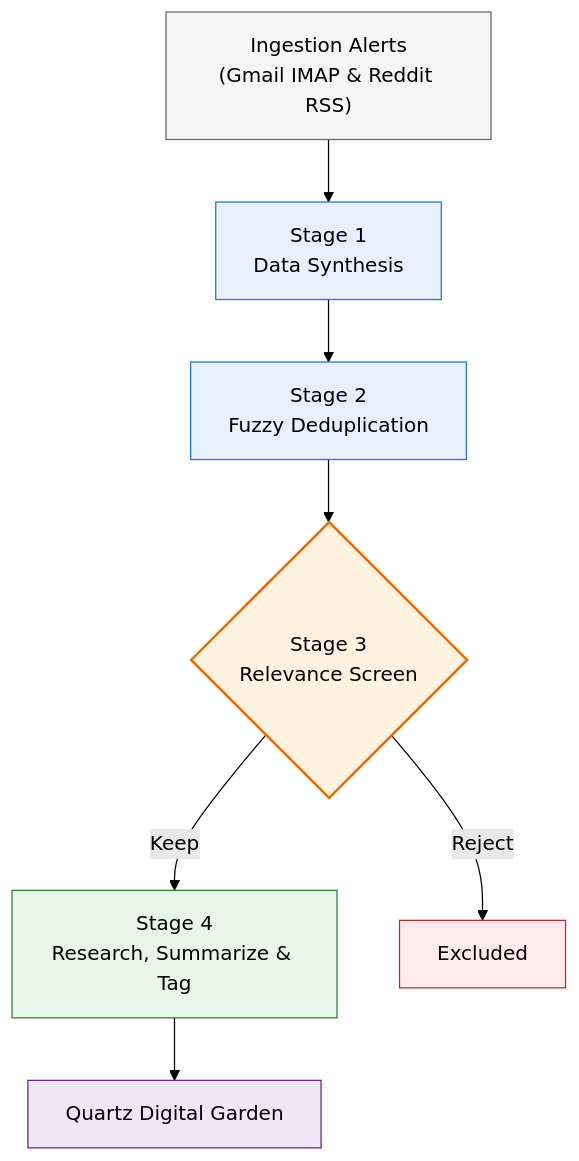
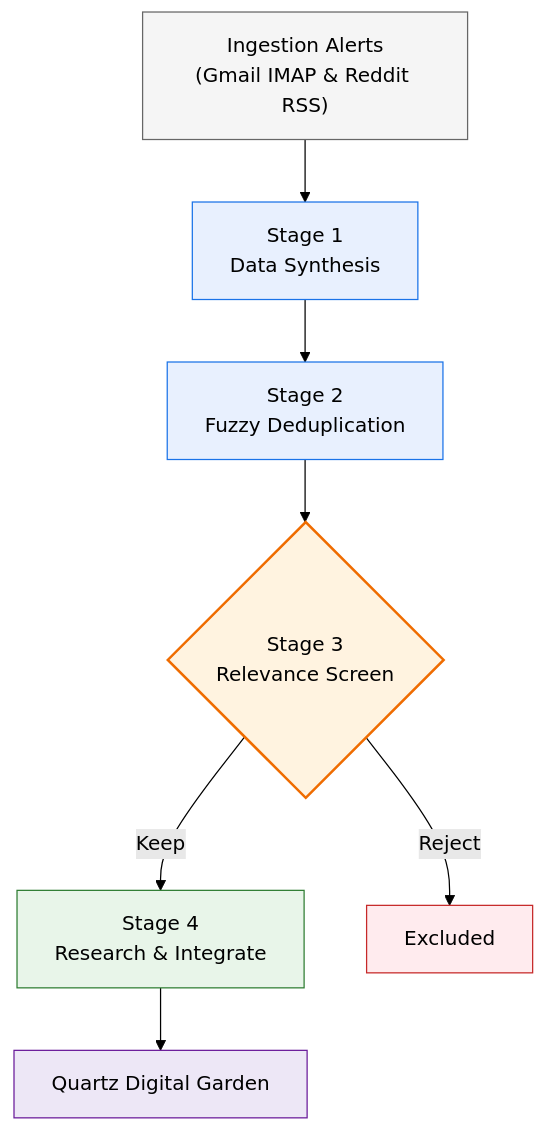
Before and after one commit to Hanneseh/ME-CFS-Research-Summaries: the diagram in README.md, drawn with Mermaid (forest theme). The commit also changed other lines of this file and 622 other files, not shown here.

````diff
--- a/README.md
+++ b/README.md
@@ -59,17 +148,17 @@
 ```mermaid
 flowchart TD
     Ingest["Ingestion Alerts<br/>(Gmail IMAP & Reddit RSS)"] --> S1["Stage 1<br/>Data Synthesis"]
     S1 --> S2["Stage 2<br/>Fuzzy Deduplication"]
     S2 --> S3{"Stage 3<br/>Relevance Screen"}
-    S3 -- Keep --> S4["Stage 4<br/>Research, Summarize & Tag"]
+    S3 -- Keep --> S4["Stage 4<br/>Research & Integrate"]
     S3 -- Reject --> Ex["Excluded"]
     S4 --> Quartz["Quartz Digital Garden"]
 
     style Ingest fill:#f5f5f5,stroke:#666,stroke-width:1px
     style S1 fill:#e8f0fe,stroke:#1a73e8,stroke-width:1px
     style S2 fill:#e8f0fe,stroke:#1a73e8,stroke-width:1px
     style S3 fill:#fff3e0,stroke:#ef6c00,stroke-width:2px
     style S4 fill:#e8f5e9,stroke:#2e7d32,stroke-width:1px
     style Ex fill:#ffebee,stroke:#c62828,stroke-width:1px
     style Quartz fill:#ede7f6,stroke:#6a1b9a,stroke-width:1px
 ```
````
